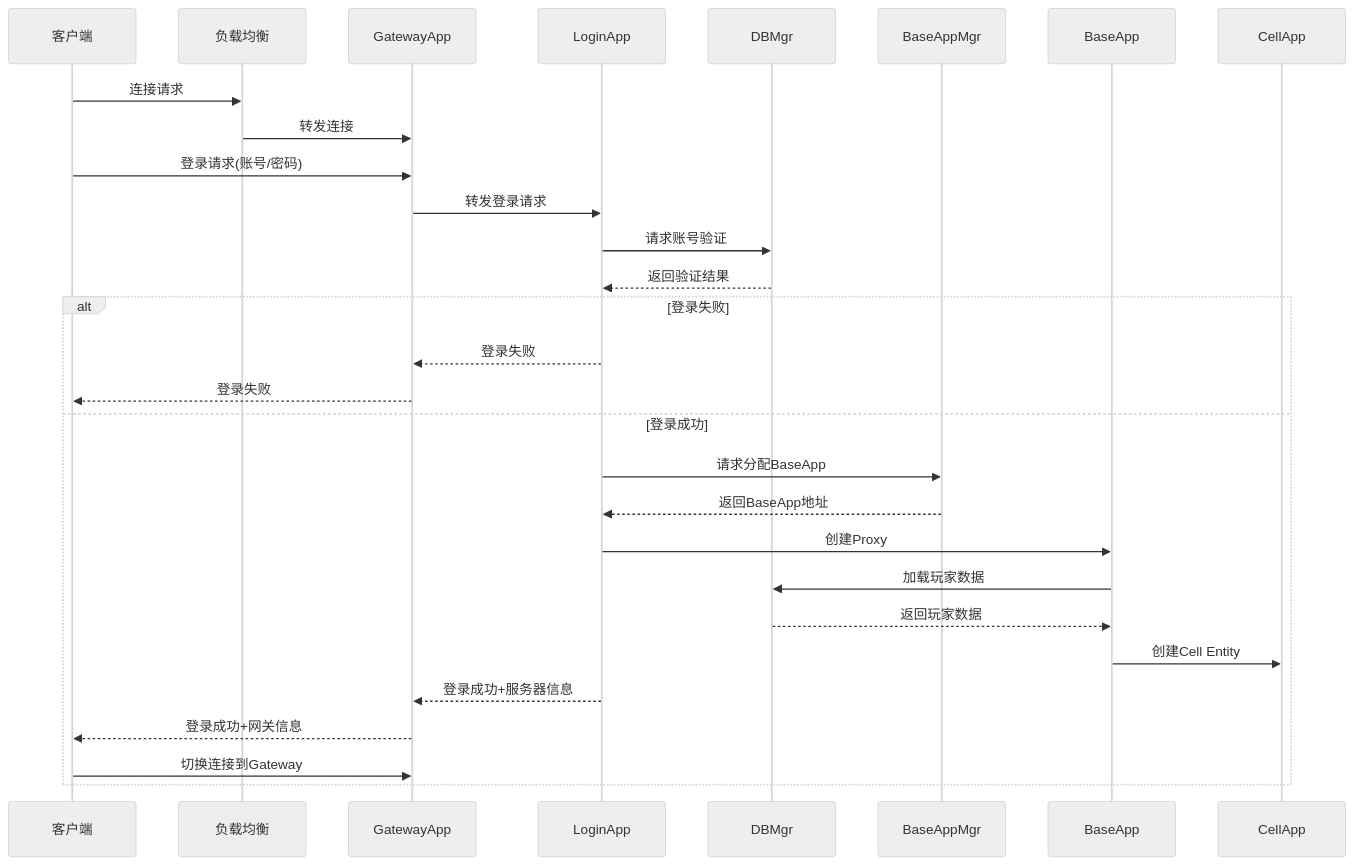
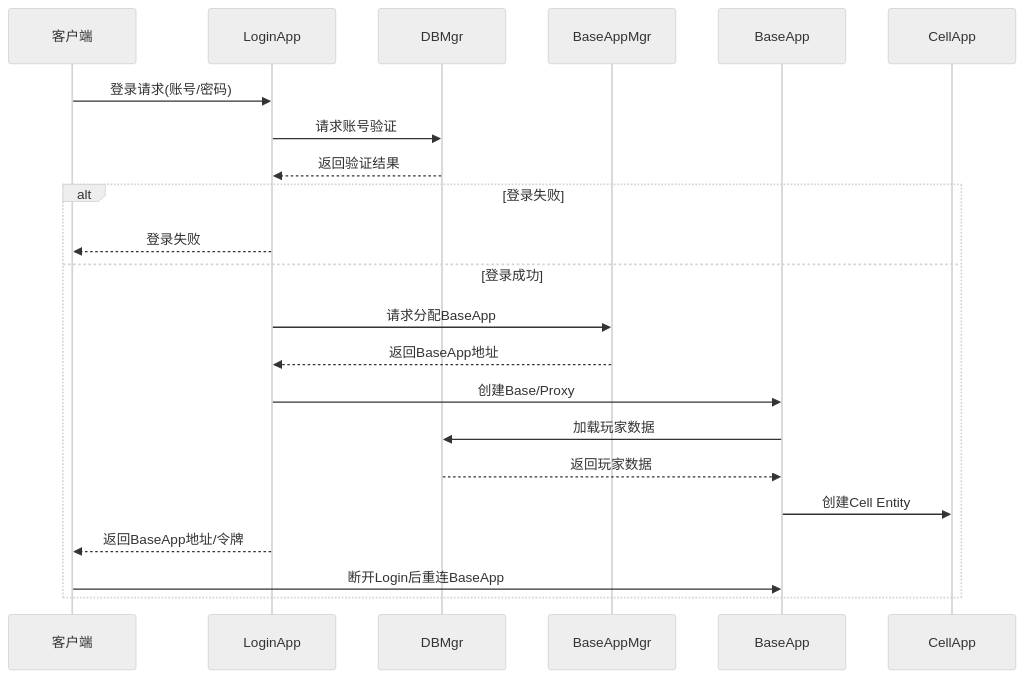
Before and after one commit to cuihairu/apollo: the second of 3 diagrams in docs/qa/q1-server-architecture.md, drawn with Mermaid (neutral theme). The commit also changed other lines of this file and 513 other files, not shown here.

````diff
--- a/docs/qa/q1-server-architecture.md
+++ b/docs/qa/q1-server-architecture.md
@@ -107,34 +99,26 @@
 ```mermaid
 sequenceDiagram
     participant C as 客户端
-    participant LB as 负载均衡
-    participant GW as GatewayApp
     participant LA as LoginApp
     participant DBM as DBMgr
     participant BAM as BaseAppMgr
     participant BA as BaseApp
     participant CA as CellApp
 
-    C->>LB: 连接请求
-    LB->>GW: 转发连接
-    C->>GW: 登录请求(账号/密码)
-
-    GW->>LA: 转发登录请求
+    C->>LA: 登录请求(账号/密码)
     LA->>DBM: 请求账号验证
     DBM-->>LA: 返回验证结果
 
     alt 登录失败
-        LA-->>GW: 登录失败
-        GW-->>C: 登录失败
+        LA-->>C: 登录失败
     else 登录成功
         LA->>BAM: 请求分配BaseApp
         BAM-->>LA: 返回BaseApp地址
-        LA->>BA: 创建Proxy
+        LA->>BA: 创建Base/Proxy
         BA->>DBM: 加载玩家数据
         DBM-->>BA: 返回玩家数据
         BA->>CA: 创建Cell Entity
-        LA-->>GW: 登录成功+服务器信息
-        GW-->>C: 登录成功+网关信息
-        C->>GW: 切换连接到Gateway
+        LA-->>C: 返回BaseApp地址/令牌
+        C->>BA: 断开Login后重连BaseApp
     end
 ```
````
